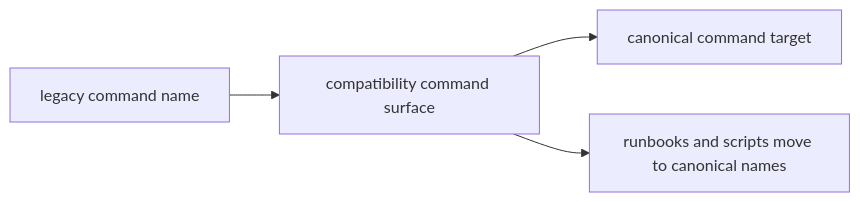
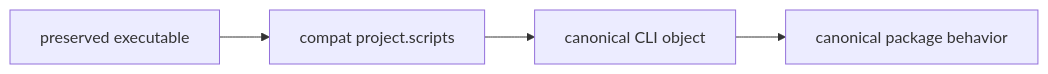
One commit to bijux/bijux-canon changed the diagram in docs/08-compat-packages/catalog/command-surfaces.md. Above: the diagram before and after it, drawn with Mermaid. The commit also changed other lines of this file and 1 other file, not shown here.

Commit message:
docs(compat): specify import and command contracts

````diff
--- a/docs/08-compat-packages/catalog/command-surfaces.md
+++ b/docs/08-compat-packages/catalog/command-surfaces.md
@@ -19,10 +34,9 @@
 ```mermaid
 flowchart LR
-    legacy["legacy command name"]
-    compat["compatibility command surface"]
-    canon["canonical command target"]
-    migration["runbooks and scripts move to canonical names"]
+    shell["preserved executable"]
+    metadata["compat project.scripts"]
+    cli["canonical CLI object"]
+    behavior["canonical package behavior"]
 
-    legacy --> compat --> canon
-    compat --> migration
+    shell --> metadata --> cli --> behavior
 ```
````
